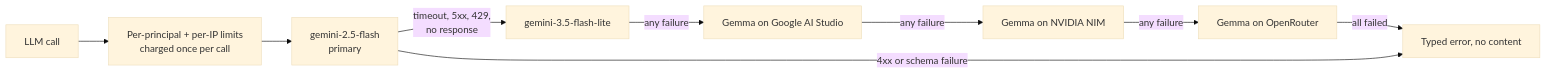
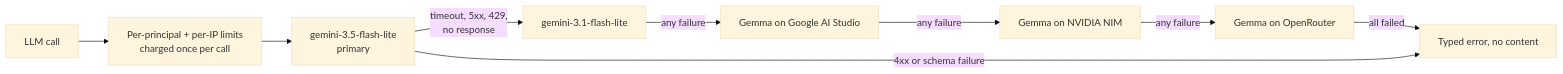
Before and after one commit to SawhneySatvik/sanad: the second of 6 diagrams in docs/ARCHITECTURE.md, drawn with Mermaid (base theme). The commit also changed other lines of this file and 1 other file, not shown here.

Commit message:
Docs name the Flash Lite model chain and its daily quotas

````diff
--- a/docs/ARCHITECTURE.md
+++ b/docs/ARCHITECTURE.md
@@ -400,11 +400,11 @@
 ```mermaid
 flowchart LR
     Q["LLM call"] --> PL["Per-principal + per-IP limits\ncharged once per call"]
-    PL --> T1["gemini-2.5-flash\nprimary"]
-    T1 -->|"timeout, 5xx, 429,\nno response"| T2["gemini-3.5-flash-lite"]
+    PL --> T1["gemini-3.5-flash-lite\nprimary"]
+    T1 -->|"timeout, 5xx, 429,\nno response"| T2["gemini-3.1-flash-lite"]
     T2 -->|"any failure"| T3["Gemma on Google AI Studio"]
     T3 -->|"any failure"| T4["Gemma on NVIDIA NIM"]
     T4 -->|"any failure"| T5["Gemma on OpenRouter"]
     T5 -->|"all failed"| E["Typed error, no content"]
     T1 -->|"4xx or schema failure"| E
 ```
````
